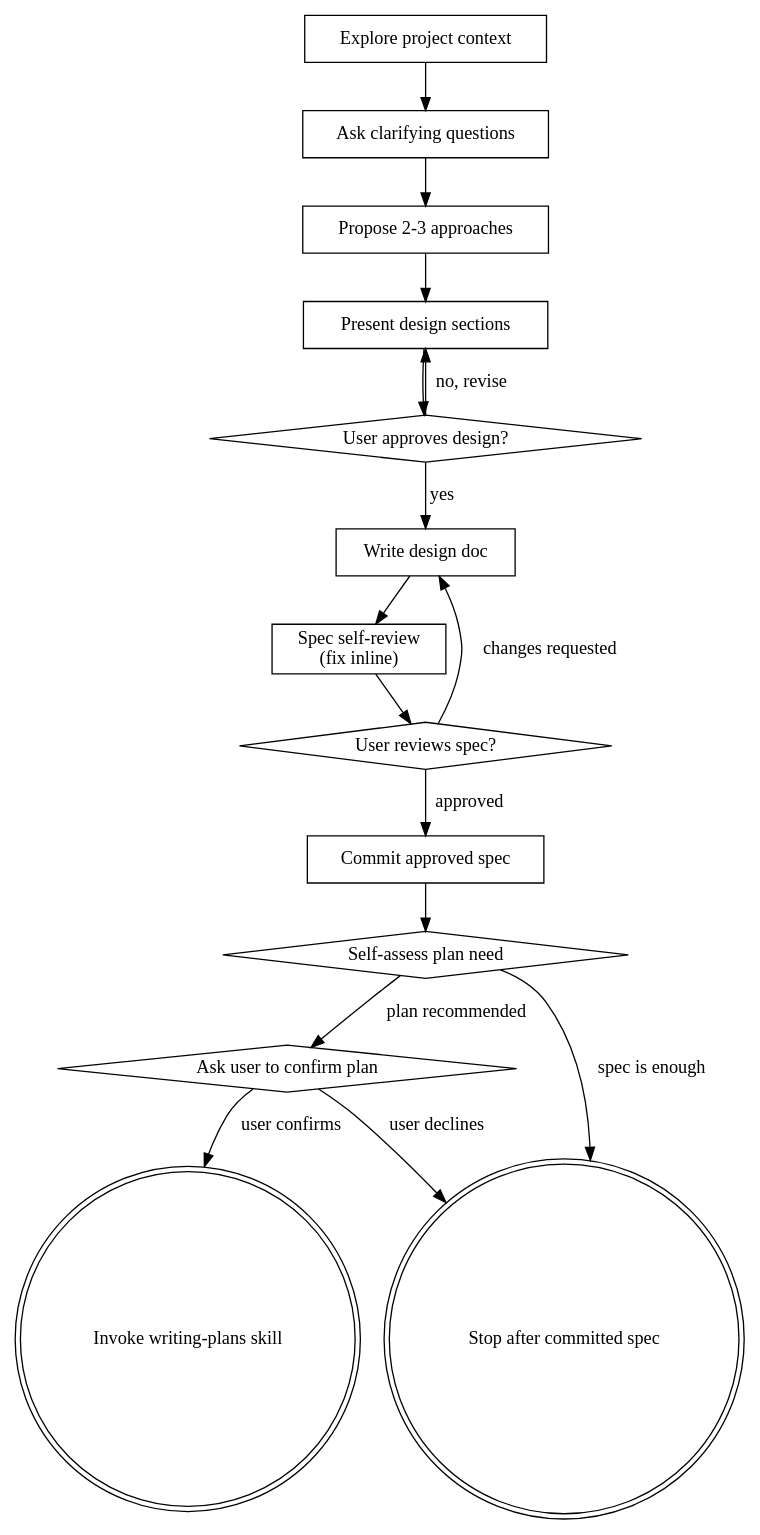
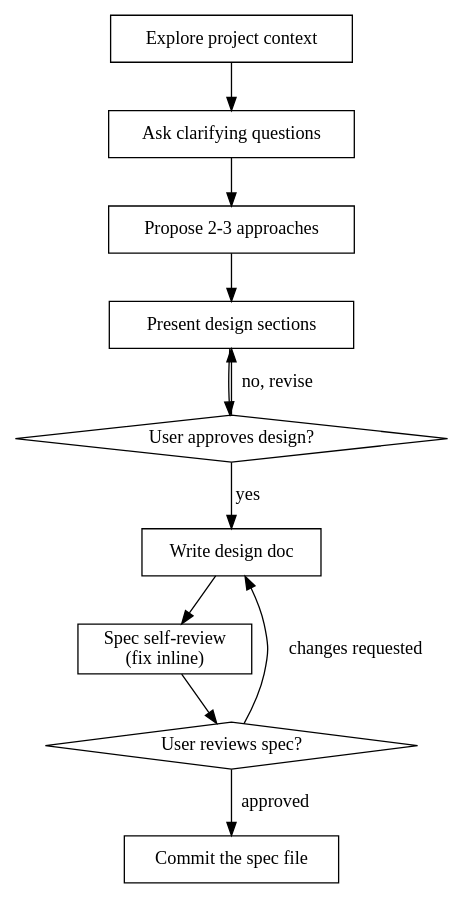
The diagram in skills/brainstorming/SKILL.md (aitsuki/skills), drawn with Graphviz before and after one commit. The commit also changed other lines of this file and 9 other files, not shown here.

````diff
--- a/skills/brainstorming/SKILL.md
+++ b/skills/brainstorming/SKILL.md
@@ -36,33 +35,24 @@
 ```dot
 digraph brainstorming {
     "Explore project context" [shape=box];
     "Ask clarifying questions" [shape=box];
     "Propose 2-3 approaches" [shape=box];
     "Present design sections" [shape=box];
     "User approves design?" [shape=diamond];
     "Write design doc" [shape=box];
     "Spec self-review\n(fix inline)" [shape=box];
     "User reviews spec?" [shape=diamond];
-    "Commit approved spec" [shape=box];
-    "Self-assess plan need" [shape=diamond];
-    "Ask user to confirm plan" [shape=diamond];
-    "Invoke writing-plans skill" [shape=doublecircle];
-    "Stop after committed spec" [shape=doublecircle];
+    "Commit the spec file" [shape=box];
 
     "Explore project context" -> "Ask clarifying questions";
     "Ask clarifying questions" -> "Propose 2-3 approaches";
     "Propose 2-3 approaches" -> "Present design sections";
     "Present design sections" -> "User approves design?";
     "User approves design?" -> "Present design sections" [label="no, revise"];
     "User approves design?" -> "Write design doc" [label="yes"];
     "Write design doc" -> "Spec self-review\n(fix inline)";
     "Spec self-review\n(fix inline)" -> "User reviews spec?";
     "User reviews spec?" -> "Write design doc" [label="changes requested"];
-    "User reviews spec?" -> "Commit approved spec" [label="approved"];
-    "Commit approved spec" -> "Self-assess plan need";
-    "Self-assess plan need" -> "Ask user to confirm plan" [label="plan recommended"];
-    "Self-assess plan need" -> "Stop after committed spec" [label="spec is enough"];
-    "Ask user to confirm plan" -> "Invoke writing-plans skill" [label="user confirms"];
-    "Ask user to confirm plan" -> "Stop after committed spec" [label="user declines"];
+    "User reviews spec?" -> "Commit the spec file" [label="approved"];
 }
 ```
````
